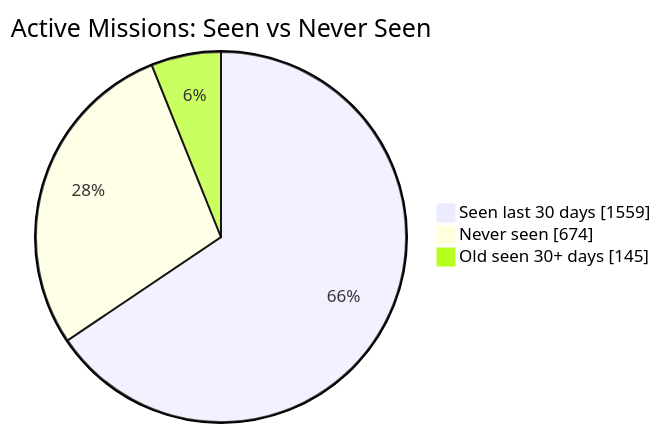
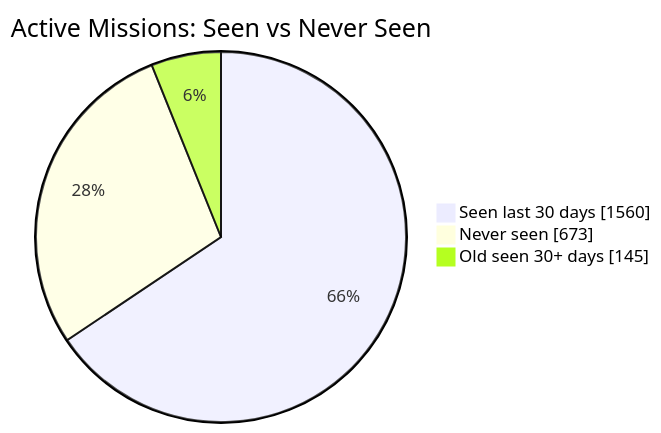
One commit to MeldkamerspelGameTeam/active-missions changed the first of 2 diagrams in README.md. Above: the diagram before and after it, drawn with Mermaid. The commit also changed other lines of this file and 2 other files, not shown here.

````diff
--- a/README.md
+++ b/README.md
@@ -34,7 +34,7 @@
 ```mermaid
 pie showData
     title Active Missions: Seen vs Never Seen
-    "Seen last 30 days" : 1559
-    "Never seen" : 674
+    "Seen last 30 days" : 1560
+    "Never seen" : 673
     "Old seen 30+ days" : 145
 ```
````
